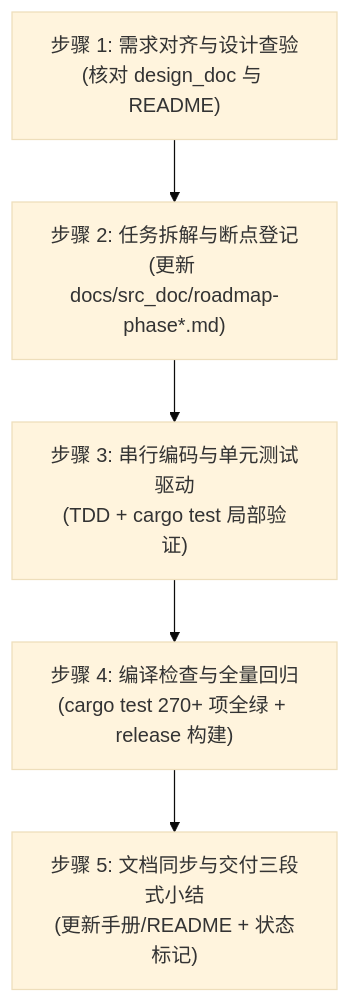
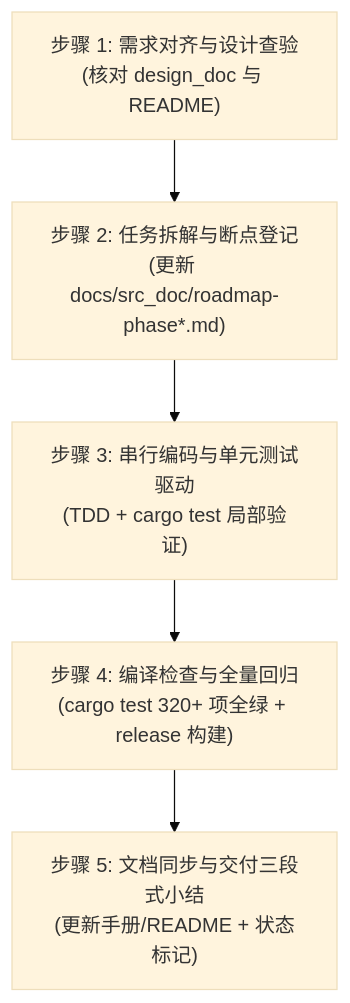
Before and after one commit to digoal/agent-body: the diagram in skills/agent-body-developer/SKILL.md, drawn with Mermaid (base theme). The commit also changed other lines of this file and 181 other files, not shown here.

Commit message:
chore(release): complete Phase 56 architecture governance & Phase 57 v1.0.0 GA

````diff
--- a/skills/agent-body-developer/SKILL.md
+++ b/skills/agent-body-developer/SKILL.md
@@ -107,7 +107,7 @@
 ```mermaid
 flowchart TD
     A["步骤 1: 需求对齐与设计查验<br/>(核对 design_doc 与 README)"] --> B["步骤 2: 任务拆解与断点登记<br/>(更新 docs/src_doc/roadmap-phase*.md)"]
     B --> C["步骤 3: 串行编码与单元测试驱动<br/>(TDD + cargo test 局部验证)"]
-    C --> D["步骤 4: 编译检查与全量回归<br/>(cargo test 270+ 项全绿 + release 构建)"]
+    C --> D["步骤 4: 编译检查与全量回归<br/>(cargo test 320+ 项全绿 + release 构建)"]
     D --> E["步骤 5: 文档同步与交付三段式小结<br/>(更新手册/README + 状态标记)"]
 ```
````
